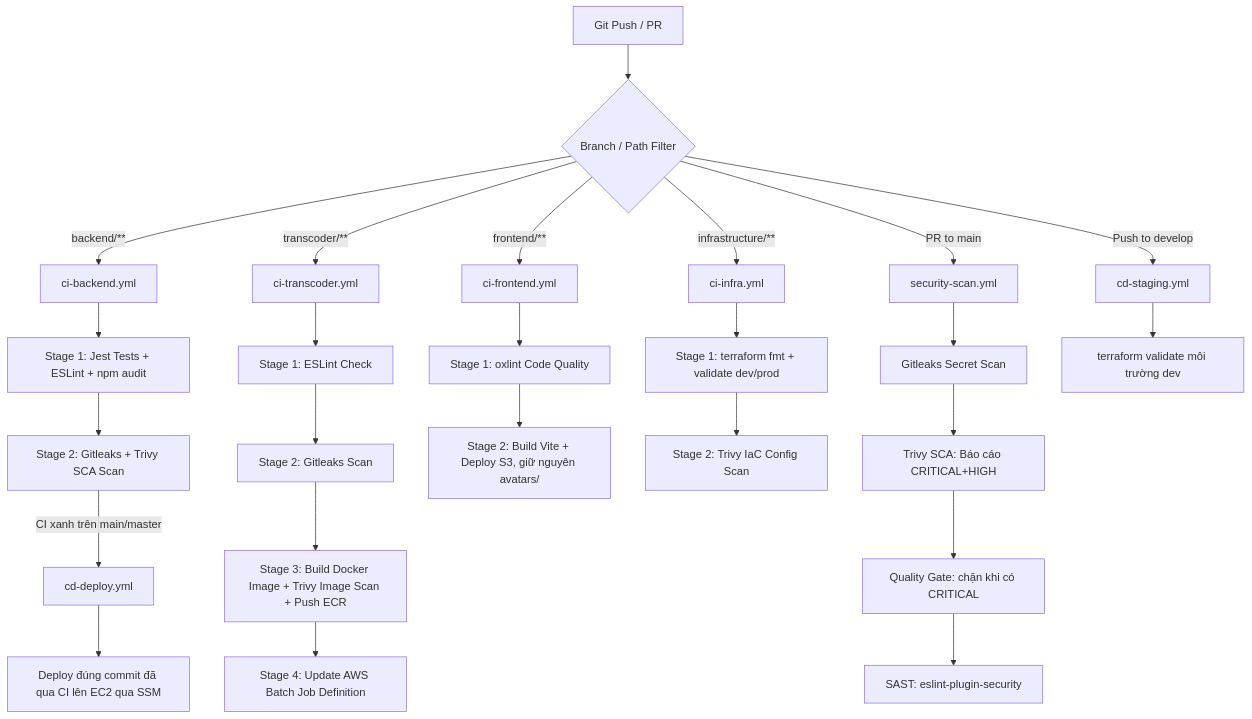
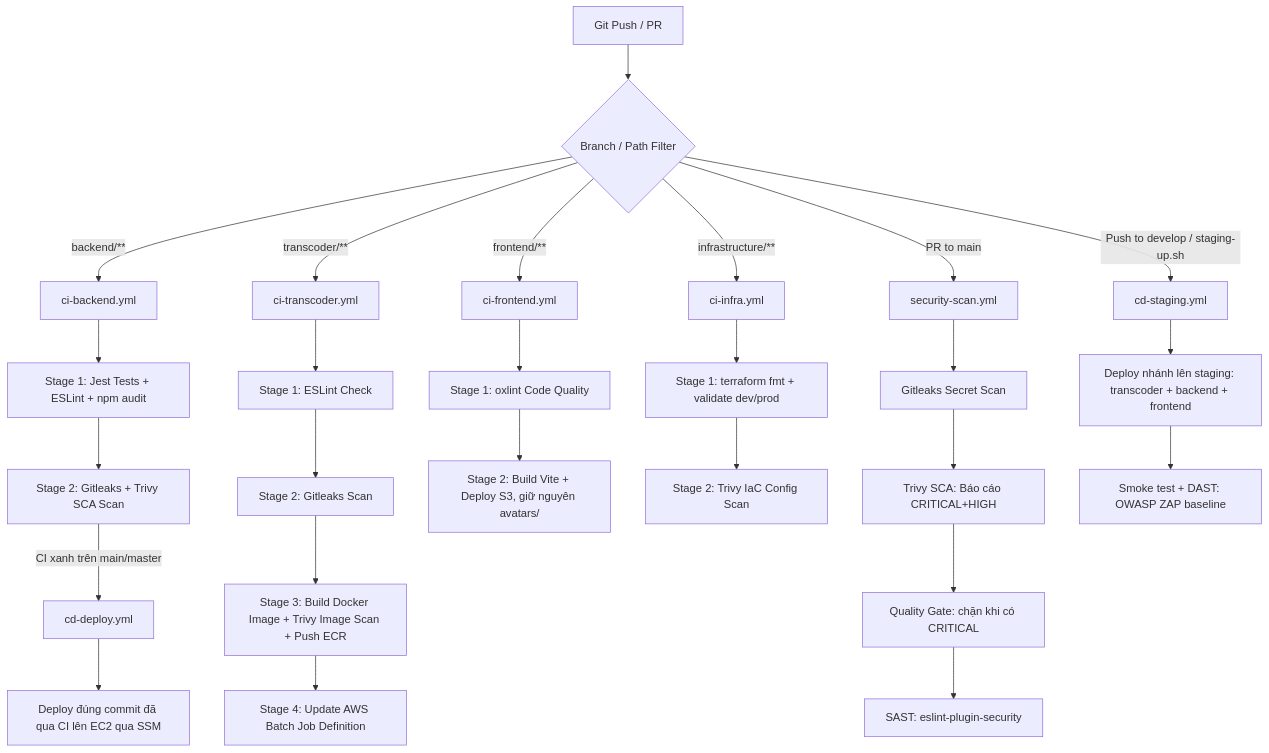
The second of 2 diagrams in README.md (DinhQuocCuong28664/DACNTT_VideoStreaming), drawn with Mermaid before and after one commit. The commit also changed other lines of this file and 1 other file, not shown here.

First line of the commit message:
docs: describe the staging environment and how to use it

````diff
--- a/README.md
+++ b/README.md
@@ -159,33 +159,34 @@
 ```mermaid
 graph TD
     A[Git Push / PR] --> B{Branch / Path Filter}
     B -->|backend/**| C[ci-backend.yml]
     B -->|transcoder/**| D[ci-transcoder.yml]
     B -->|frontend/**| G[ci-frontend.yml]
     B -->|infrastructure/**| I[ci-infra.yml]
     B -->|PR to main| E[security-scan.yml]
-    B -->|Push to develop| H[cd-staging.yml]
+    B -->|Push to develop / staging-up.sh| H[cd-staging.yml]
 
     C --> C1[Stage 1: Jest Tests + ESLint + npm audit]
     C1 --> C2[Stage 2: Gitleaks + Trivy SCA Scan]
     C2 -->|CI xanh trên main/master| F[cd-deploy.yml]
 
     D --> D1[Stage 1: ESLint Check]
     D1 --> D2[Stage 2: Gitleaks Scan]
     D2 --> D3[Stage 3: Build Docker Image + Trivy Image Scan + Push ECR]
     D3 --> D4[Stage 4: Update AWS Batch Job Definition]
 
     G --> G1[Stage 1: oxlint Code Quality]
     G1 --> G2[Stage 2: Build Vite + Deploy S3, giữ nguyên avatars/]
 
     I --> I1[Stage 1: terraform fmt + validate dev/prod]
     I1 --> I2[Stage 2: Trivy IaC Config Scan]
 
     E --> E1[Gitleaks Secret Scan]
     E1 --> E2[Trivy SCA: Báo cáo CRITICAL+HIGH]
     E2 --> E3[Quality Gate: chặn khi có CRITICAL]
     E3 --> E4[SAST: eslint-plugin-security]
 
-    H --> H1[terraform validate môi trường dev]
+    H --> H1[Deploy nhánh lên staging: transcoder + backend + frontend]
+    H1 --> H2[Smoke test + DAST: OWASP ZAP baseline]
     F --> F1[Deploy đúng commit đã qua CI lên EC2 qua SSM]
 ```
````
